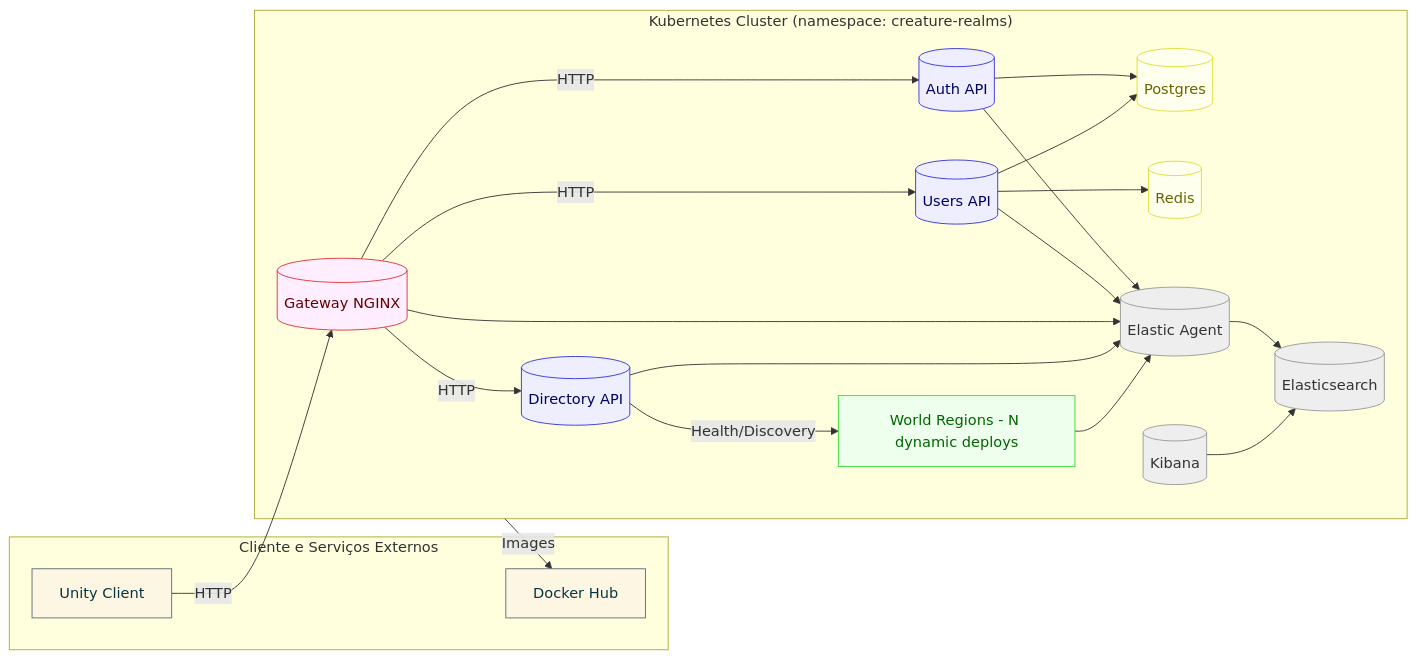
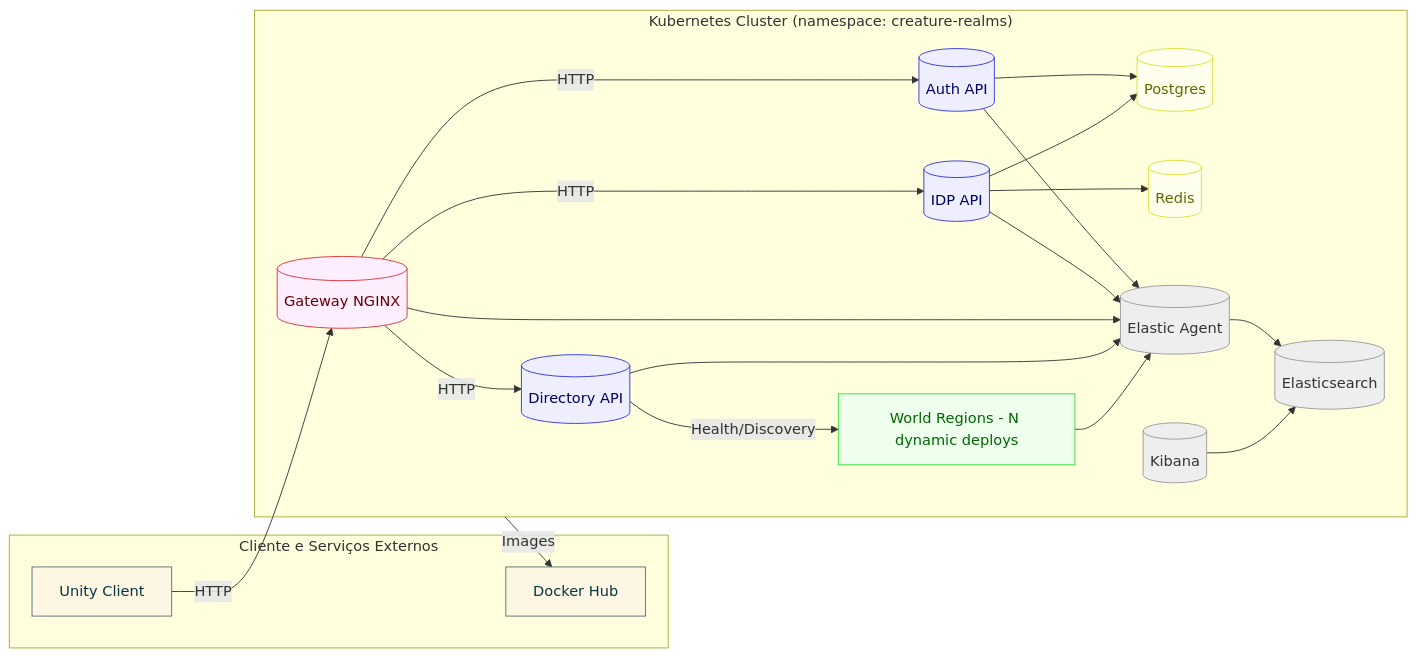
Before and after one commit to leonardoigor/pokeMMo: the first of 3 diagrams in docs/architecture/C4.md, drawn with Mermaid. The commit also changed other lines of this file and 70 other files, not shown here.

````diff
--- a/docs/architecture/C4.md
+++ b/docs/architecture/C4.md
@@ -5,46 +5,46 @@
 ```mermaid
 flowchart LR
     subgraph External["Cliente e Serviços Externos"]
       UC[Unity Client]:::ext
       Docker[Docker Hub]:::ext
     end
 
     subgraph K8s["Kubernetes Cluster (namespace: creature-realms)"]
       Gateway[(Gateway NGINX)]:::edge
       Auth[(Auth API)]:::svc
-      Users[(Users API)]:::svc
+      IDP[(IDP API)]:::svc
       Directory[(Directory API)]:::svc
       WorldSet[World Regions - N dynamic deploys]:::world
       Postgres[(Postgres)]:::db
       Redis[(Redis)]:::db
       Elastic[(Elasticsearch)]:::obs
       Kibana[(Kibana)]:::obs
       ElasticAgent[(Elastic Agent)]:::obs
     end
 
     UC -->|HTTP| Gateway
     Gateway -->|HTTP| Auth
-    Gateway -->|HTTP| Users
+    Gateway -->|HTTP| IDP
     Gateway -->|HTTP| Directory
 
     Directory -->|Health/Discovery| WorldSet
     Auth --> Postgres
-    Users --> Postgres
-    Users --> Redis
+    IDP --> Postgres
+    IDP --> Redis
     Auth --> ElasticAgent
-    Users --> ElasticAgent
+    IDP --> ElasticAgent
     Gateway --> ElasticAgent
     Directory --> ElasticAgent
     WorldSet --> ElasticAgent
     ElasticAgent --> Elastic
     Kibana --> Elastic
 
     K8s -->|Images| Docker
 
     classDef ext fill:#fdf6e3,stroke:#586e75,color:#073642;
     classDef edge fill:#fef,stroke:#d33,color:#600;
     classDef svc fill:#eef,stroke:#33d,color:#006;
     classDef world fill:#efe,stroke:#3d3,color:#060;
     classDef db fill:#ffe,stroke:#dd3,color:#660;
     classDef obs fill:#eee,stroke:#999,color:#333;
 ```
````
